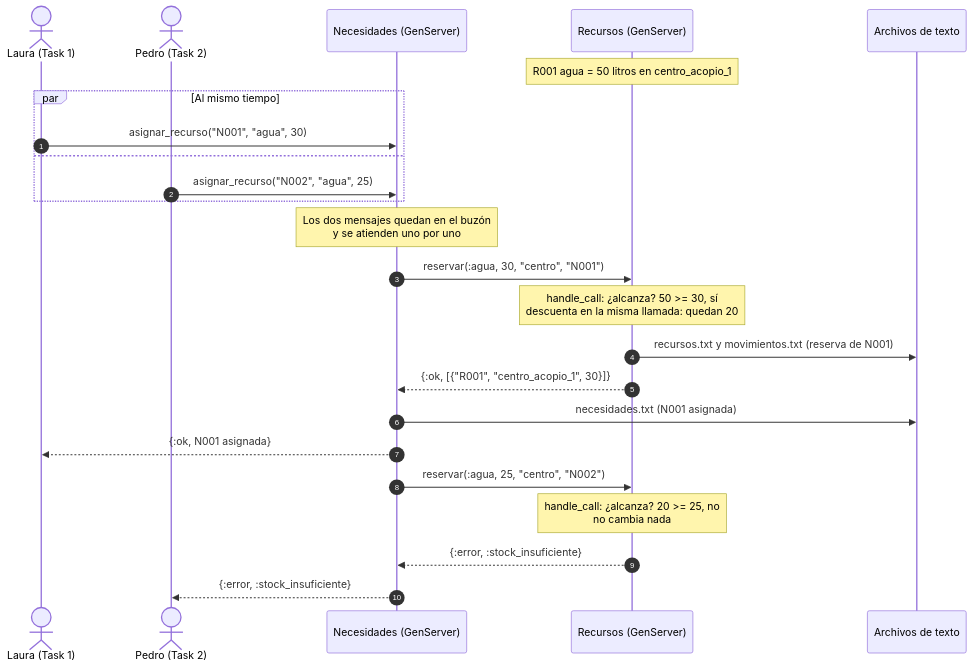
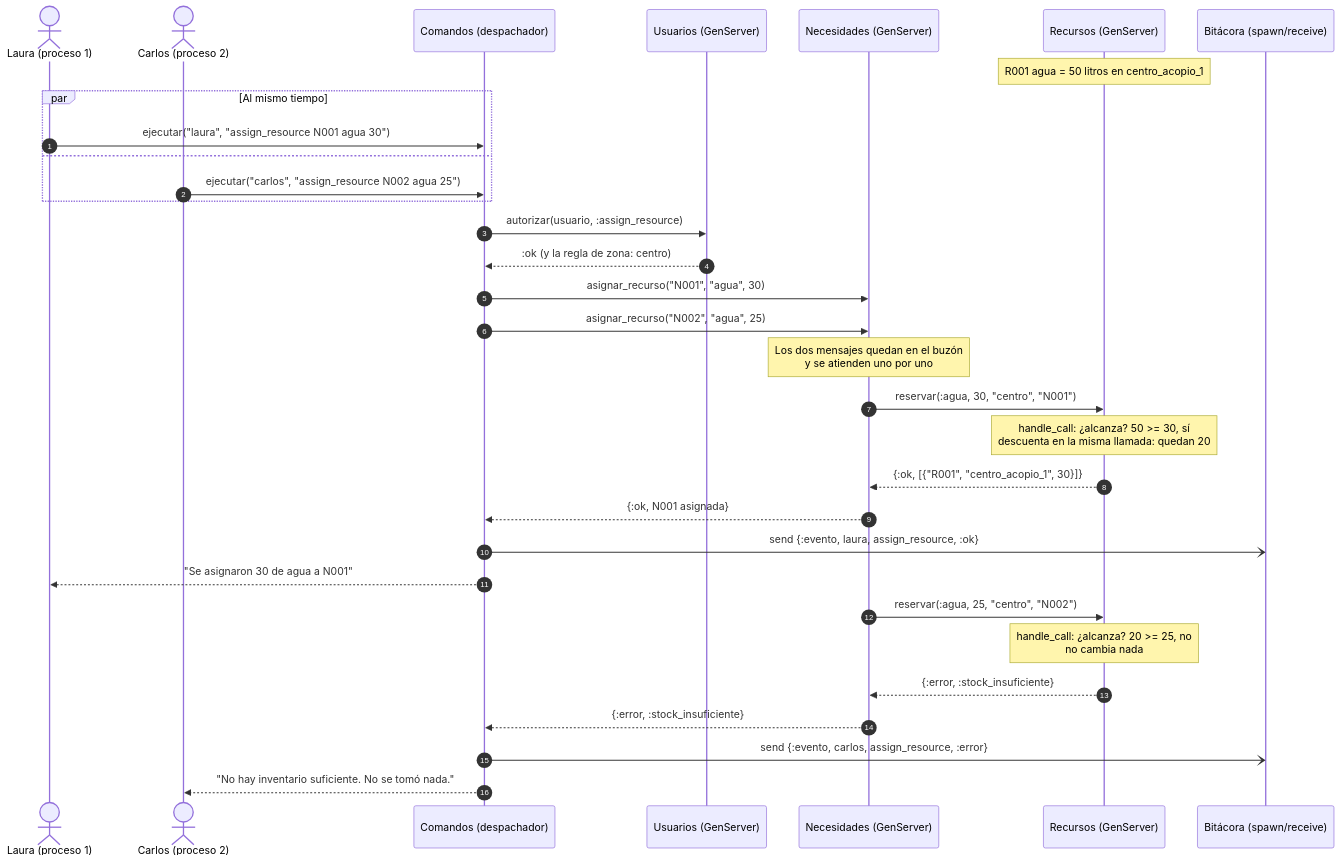
One commit to miguelAceballos2112/programacion3-proyecto-final-emergencias changed the diagram in docs/diagramas/secuencia_conflicto.md. Above: the diagram before and after it, drawn with Mermaid. The commit also changed other lines of this file and 13 other files, not shown here.

First line of the commit message:
Agrega diagramas en draw.io, escenarios y documentación

````diff
--- a/docs/diagramas/secuencia_conflicto.md
+++ b/docs/diagramas/secuencia_conflicto.md
@@ -9,27 +12,35 @@
 ```mermaid
 sequenceDiagram
     autonumber
-    actor L as Laura (Task 1)
-    actor P as Pedro (Task 2)
+    actor L as Laura (proceso 1)
+    actor C as Carlos (proceso 2)
+    participant D as Comandos (despachador)
+    participant U as Usuarios (GenServer)
     participant N as Necesidades (GenServer)
     participant R as Recursos (GenServer)
-    participant D as Archivos de texto
+    participant B as Bitácora (spawn/receive)
 
     Note over R: R001 agua = 50 litros en centro_acopio_1
     par Al mismo tiempo
-        L->>N: asignar_recurso("N001", "agua", 30)
+        L->>D: ejecutar("laura", "assign_resource N001 agua 30")
     and
-        P->>N: asignar_recurso("N002", "agua", 25)
+        C->>D: ejecutar("carlos", "assign_resource N002 agua 25")
     end
+    D->>U: autorizar(usuario, :assign_resource)
+    U-->>D: :ok (y la regla de zona: centro)
+    D->>N: asignar_recurso("N001", "agua", 30)
+    D->>N: asignar_recurso("N002", "agua", 25)
     Note over N: Los dos mensajes quedan en el buzón<br/>y se atienden uno por uno
     N->>R: reservar(:agua, 30, "centro", "N001")
     Note over R: handle_call: ¿alcanza? 50 >= 30, sí<br/>descuenta en la misma llamada: quedan 20
-    R->>D: recursos.txt y movimientos.txt (reserva de N001)
     R-->>N: {:ok, [{"R001", "centro_acopio_1", 30}]}
-    N->>D: necesidades.txt (N001 asignada)
-    N-->>L: {:ok, N001 asignada}
+    N-->>D: {:ok, N001 asignada}
+    D-)B: send {:evento, laura, assign_resource, :ok}
+    D-->>L: "Se asignaron 30 de agua a N001"
     N->>R: reservar(:agua, 25, "centro", "N002")
     Note over R: handle_call: ¿alcanza? 20 >= 25, no<br/>no cambia nada
     R-->>N: {:error, :stock_insuficiente}
-    N-->>P: {:error, :stock_insuficiente}
+    N-->>D: {:error, :stock_insuficiente}
+    D-)B: send {:evento, carlos, assign_resource, :error}
+    D-->>C: "No hay inventario suficiente. No se tomó nada."
 ```
````
